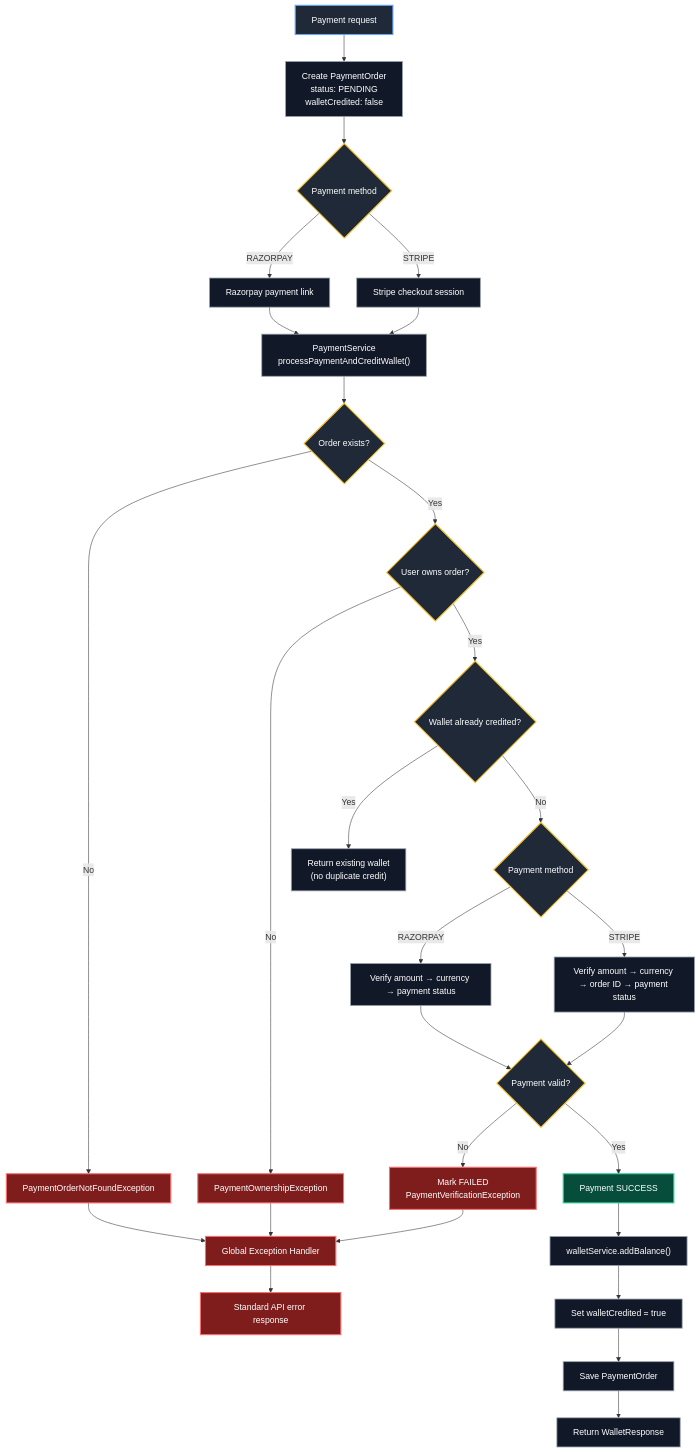
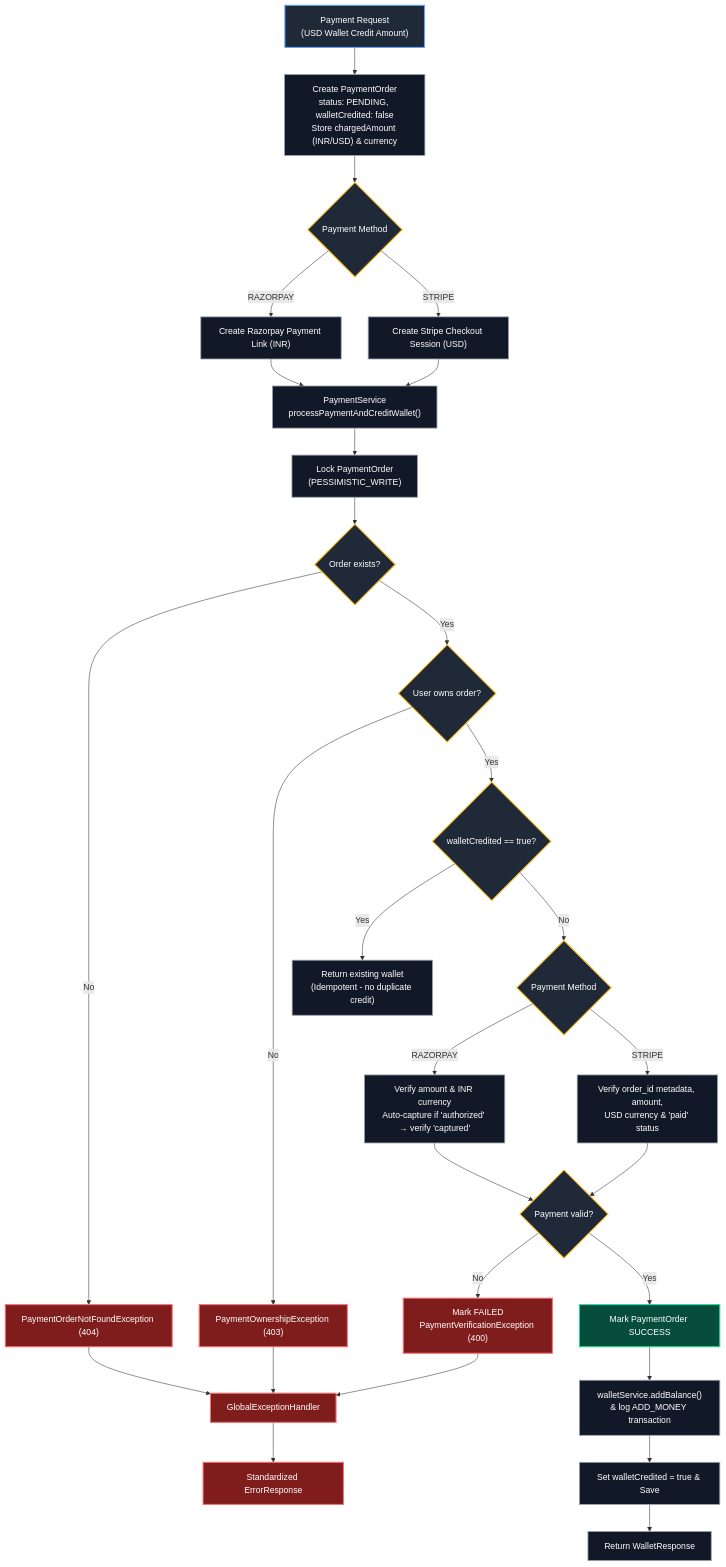
Before and after one commit to Biikash1/TradeForge: the third of 3 diagrams in README.md, drawn with Mermaid. The commit also changed other lines of this file, not shown here.

````diff
--- a/README.md
+++ b/README.md
@@ -216,52 +245,51 @@
 ```mermaid
 flowchart TD
-    A["Payment request"] --> B["Create PaymentOrder<br/>status: PENDING<br/>walletCredited: false"]
-    B --> C{"Payment method"}
+    A["Payment Request<br/>(USD Wallet Credit Amount)"] --> B["Create PaymentOrder<br/>status: PENDING, walletCredited: false<br/>Store chargedAmount (INR/USD) & currency"]
+    B --> C{"Payment Method"}
 
-    C -->|RAZORPAY| D["Razorpay payment link"]
-    C -->|STRIPE| E["Stripe checkout session"]
+    C -->|RAZORPAY| D["Create Razorpay Payment Link (INR)"]
+    C -->|STRIPE| E["Create Stripe Checkout Session (USD)"]
 
     D --> G["PaymentService<br/>processPaymentAndCreditWallet()"]
     E --> G
 
-    G --> I{"Order exists?"}
-    I -->|No| J["PaymentOrderNotFoundException"]
+    G --> H["Lock PaymentOrder<br/>(PESSIMISTIC_WRITE)"]
+    H --> I{"Order exists?"}
+    I -->|No| J["PaymentOrderNotFoundException (404)"]
     I -->|Yes| L{"User owns order?"}
-    L -->|No| M["PaymentOwnershipException"]
-    L -->|Yes| O{"Wallet already credited?"}
+    L -->|No| M["PaymentOwnershipException (403)"]
+    L -->|Yes| O{"walletCredited == true?"}
 
-    O -->|Yes| P["Return existing wallet<br/>(no duplicate credit)"]
-    O -->|No| R{"Payment method"}
+    O -->|Yes| P["Return existing wallet<br/>(Idempotent - no duplicate credit)"]
+    O -->|No| R{"Payment Method"}
 
-    R -->|RAZORPAY| S["Verify amount → currency → payment status"]
-    R -->|STRIPE| T["Verify amount → currency → order ID → payment status"]
+    R -->|RAZORPAY| S["Verify amount & INR currency<br/>Auto-capture if 'authorized' → verify 'captured'"]
+    R -->|STRIPE| T["Verify order_id metadata, amount,<br/>USD currency & 'paid' status"]
 
     S --> U{"Payment valid?"}
     T --> U
 
-    U -->|No| V["Mark FAILED<br/>PaymentVerificationException"]
-    U -->|Yes| W["Payment SUCCESS"]
+    U -->|No| V["Mark FAILED<br/>PaymentVerificationException (400)"]
+    U -->|Yes| W["Mark PaymentOrder SUCCESS"]
 
-    W --> X["walletService.addBalance()"]
-    X --> Y["Set walletCredited = true"]
-    Y --> Z["Save PaymentOrder"]
-    Z --> AA["Return WalletResponse"]
+    W --> X["walletService.addBalance()<br/>& log ADD_MONEY transaction"]
+    X --> Y["Set walletCredited = true & Save"]
+    Y --> AA["Return WalletResponse"]
 
-    J --> AB["Global Exception Handler"]
+    J --> AB["GlobalExceptionHandler"]
     M --> AB
     V --> AB
-    AB --> AC["Standard API error response"]
+    AB --> AC["Standardized ErrorResponse"]
 
     classDef start fill:#1f2937,stroke:#60a5fa,stroke-width:2px,color:#fff;
     classDef process fill:#111827,stroke:#9ca3af,stroke-width:1.5px,color:#fff;
     classDef decision fill:#1f2937,stroke:#fbbf24,stroke-width:2px,color:#fff;
     classDef success fill:#064e3b,stroke:#34d399,stroke-width:2px,color:#fff;
     classDef error fill:#7f1d1d,stroke:#f87171,stroke-width:2px,color:#fff;
 
     class A start;
-    class B,D,E,G,P,S,T,X,Y,Z,AA process;
+    class B,D,E,G,H,P,S,T,X,Y,AA process;
     class C,I,L,O,R,U decision;
     class W success;
     class J,M,V,AB,AC error;
-    
 ```
````
